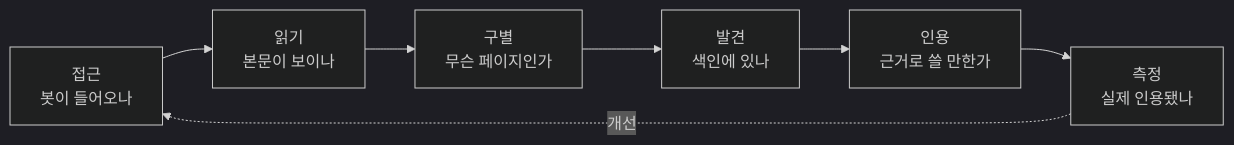
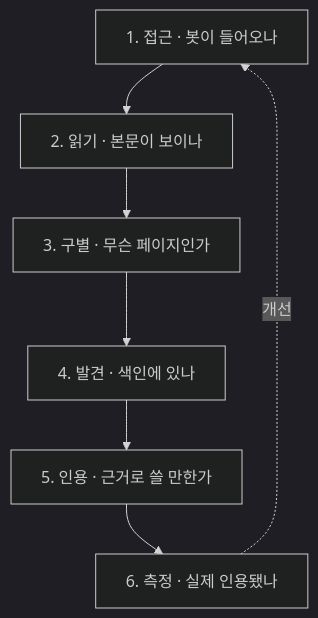
One commit to kyungchan3007/geo-study changed the diagram in README.md. Above: the diagram before and after it, drawn with Mermaid (dark theme).

Commit message:
README 흐름도를 세로형으로 수정
좁은 화면에서도 글자가 읽히도록 방향을 변경합니다.

````diff
--- a/README.md
+++ b/README.md
@@ -89,9 +89,9 @@
 ```mermaid
-flowchart LR
-    A[접근<br/>봇이 들어오나] --> B[읽기<br/>본문이 보이나]
-    B --> C[구별<br/>무슨 페이지인가]
-    C --> D[발견<br/>색인에 있나]
-    D --> E[인용<br/>근거로 쓸 만한가]
-    E --> F[측정<br/>실제 인용됐나]
-    F -.개선.-> A
+flowchart TD
+    A["1. 접근 · 봇이 들어오나"] --> B["2. 읽기 · 본문이 보이나"]
+    B --> C["3. 구별 · 무슨 페이지인가"]
+    C --> D["4. 발견 · 색인에 있나"]
+    D --> E["5. 인용 · 근거로 쓸 만한가"]
+    E --> F["6. 측정 · 실제 인용됐나"]
+    F -. 개선 .-> A
 ```
````
